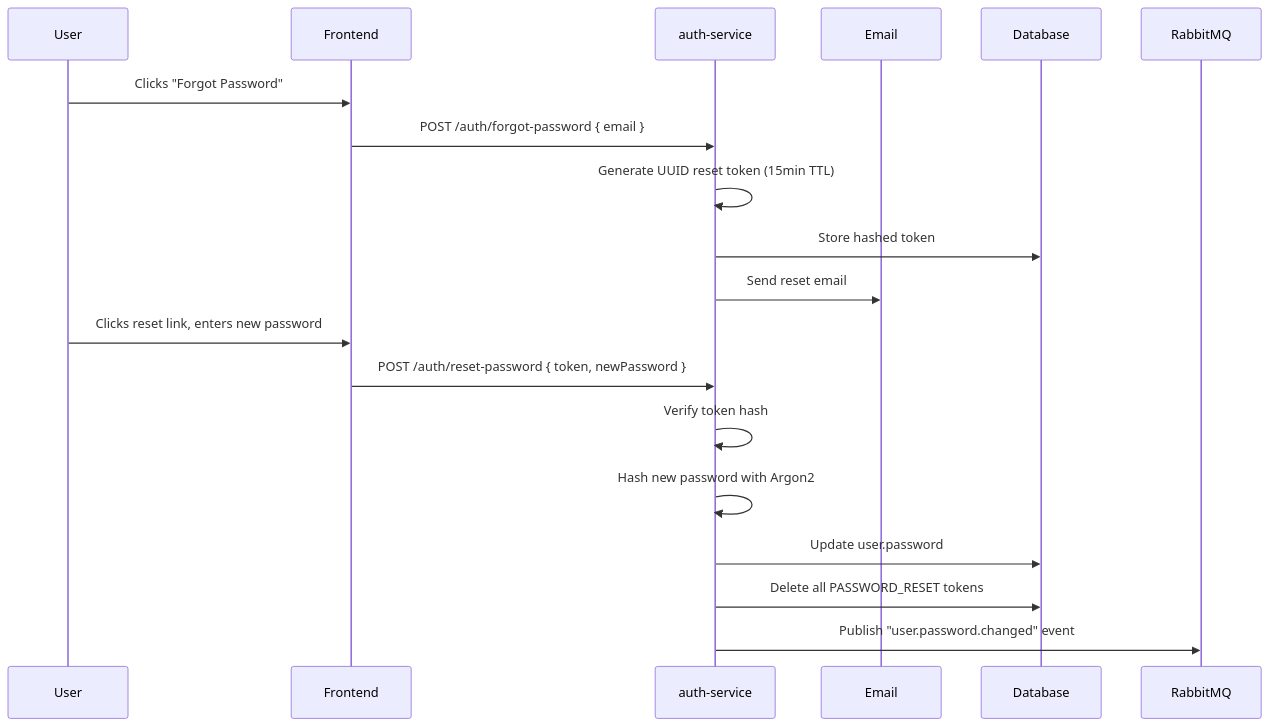
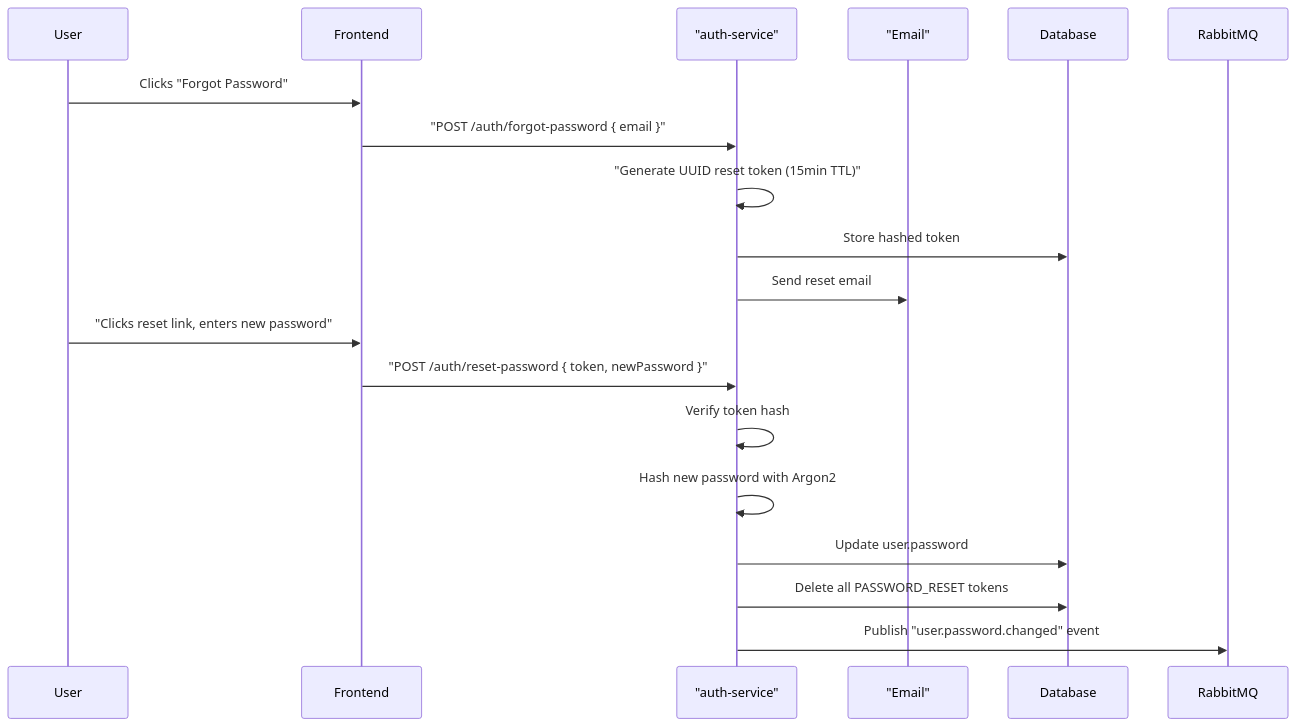
One commit to Food-Delivery-Aggregator/.github changed the seventh of 21 diagrams in profile/README.md. Above: the diagram before and after it, drawn with Mermaid. The commit also changed other lines of this file, not shown here.

Commit message:
Refactor mermaid diagrams for clarity and consistency

````diff
--- a/profile/README.md
+++ b/profile/README.md
@@ -373,21 +370,21 @@
 ```mermaid
 sequenceDiagram
     participant User
     participant Frontend
-    participant AuthService as auth-service
-    participant EmailService as Email
+    participant AuthService as "auth-service"
+    participant EmailService as "Email"
 
     User->>Frontend: Clicks "Forgot Password"
-    Frontend->>AuthService: POST /auth/forgot-password { email }
-    AuthService->>AuthService: Generate UUID reset token (15min TTL)
+    Frontend->>AuthService: "POST /auth/forgot-password { email }"
+    AuthService->>AuthService: "Generate UUID reset token (15min TTL)"
     AuthService->>Database: Store hashed token
     AuthService->>EmailService: Send reset email
 
-    User->>Frontend: Clicks reset link, enters new password
-    Frontend->>AuthService: POST /auth/reset-password { token, newPassword }
+    User->>Frontend: "Clicks reset link, enters new password"
+    Frontend->>AuthService: "POST /auth/reset-password { token, newPassword }"
     AuthService->>AuthService: Verify token hash
     AuthService->>AuthService: Hash new password with Argon2
     AuthService->>Database: Update user.password
     AuthService->>Database: Delete all PASSWORD_RESET tokens
     AuthService->>RabbitMQ: Publish "user.password.changed" event
 ```
````
